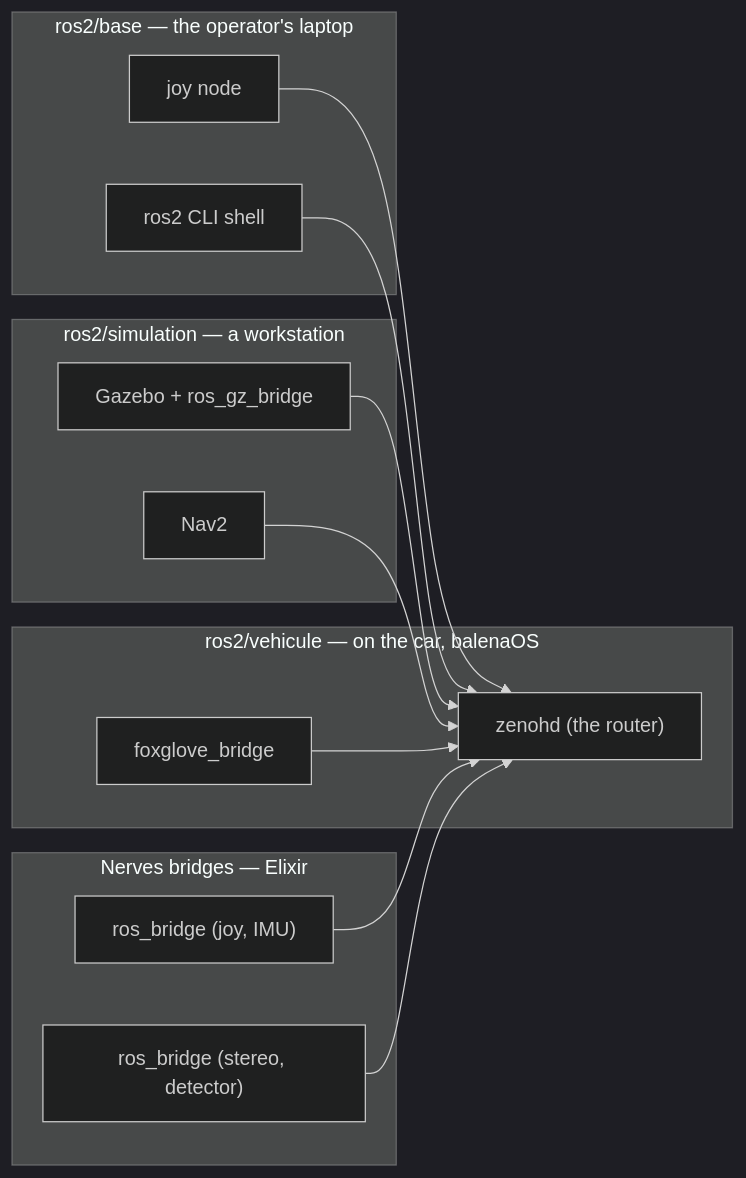
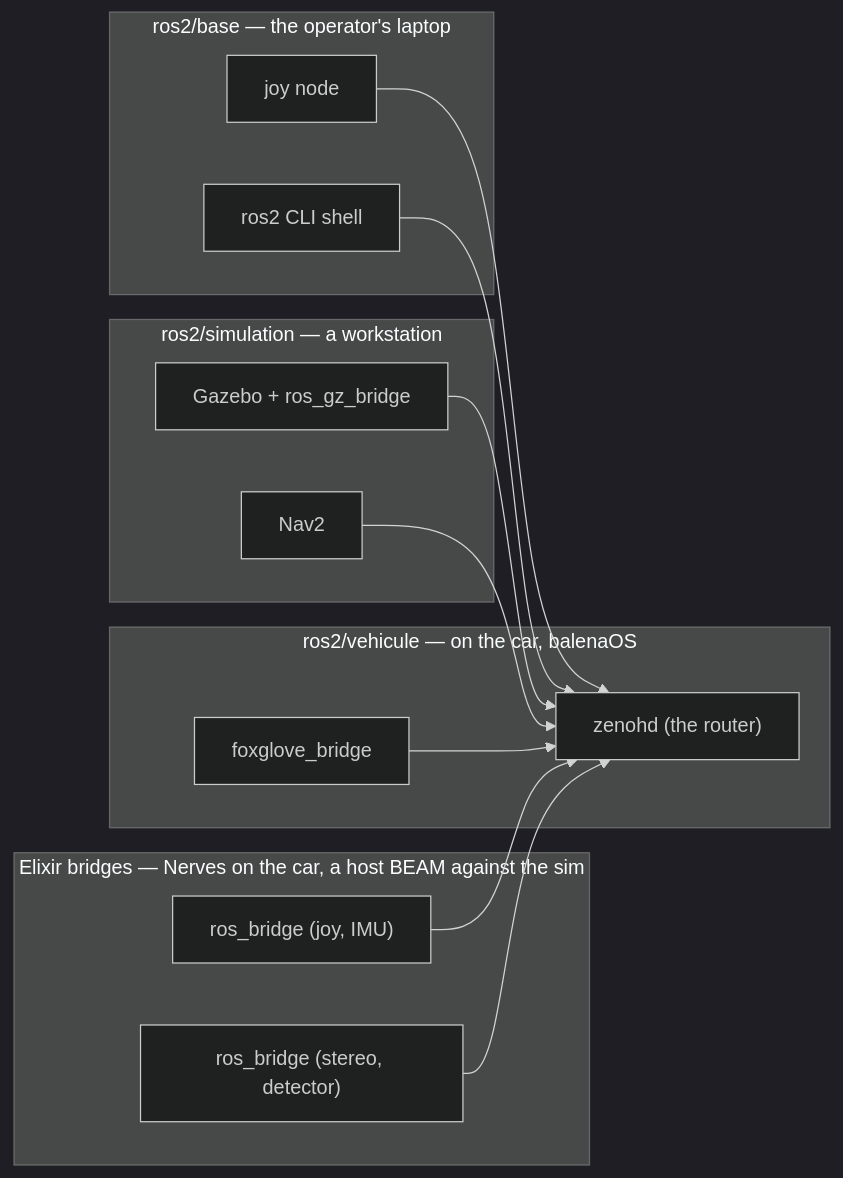
The first of 8 diagrams in docs/ros2_integration.md (open-vehicle-control-system/ovcs), drawn with Mermaid (dark theme) before and after one commit. The commit also changed other lines of this file and 1 other file, not shown here.

````diff
--- a/docs/ros2_integration.md
+++ b/docs/ros2_integration.md
@@ -38,26 +38,26 @@
 ```mermaid
 flowchart LR
     subgraph vehicle["ros2/vehicule — on the car, balenaOS"]
         zenohd["zenohd (the router)"]
         foxglove["foxglove_bridge"]
     end
     subgraph base["ros2/base — the operator's laptop"]
         joy["joy node"]
         cli["ros2 CLI shell"]
     end
     subgraph sim["ros2/simulation — a workstation"]
         gz["Gazebo + ros_gz_bridge"]
         nav2["Nav2"]
     end
-    subgraph nerves["Nerves bridges — Elixir"]
+    subgraph elixir["Elixir bridges — Nerves on the car, a host BEAM against the sim"]
         rosbr["ros_bridge (joy, IMU)"]
         percep["ros_bridge (stereo, detector)"]
     end
     joy --> zenohd
     cli --> zenohd
     gz --> zenohd
     nav2 --> zenohd
     rosbr --> zenohd
     percep --> zenohd
     foxglove --> zenohd
 ```
````
